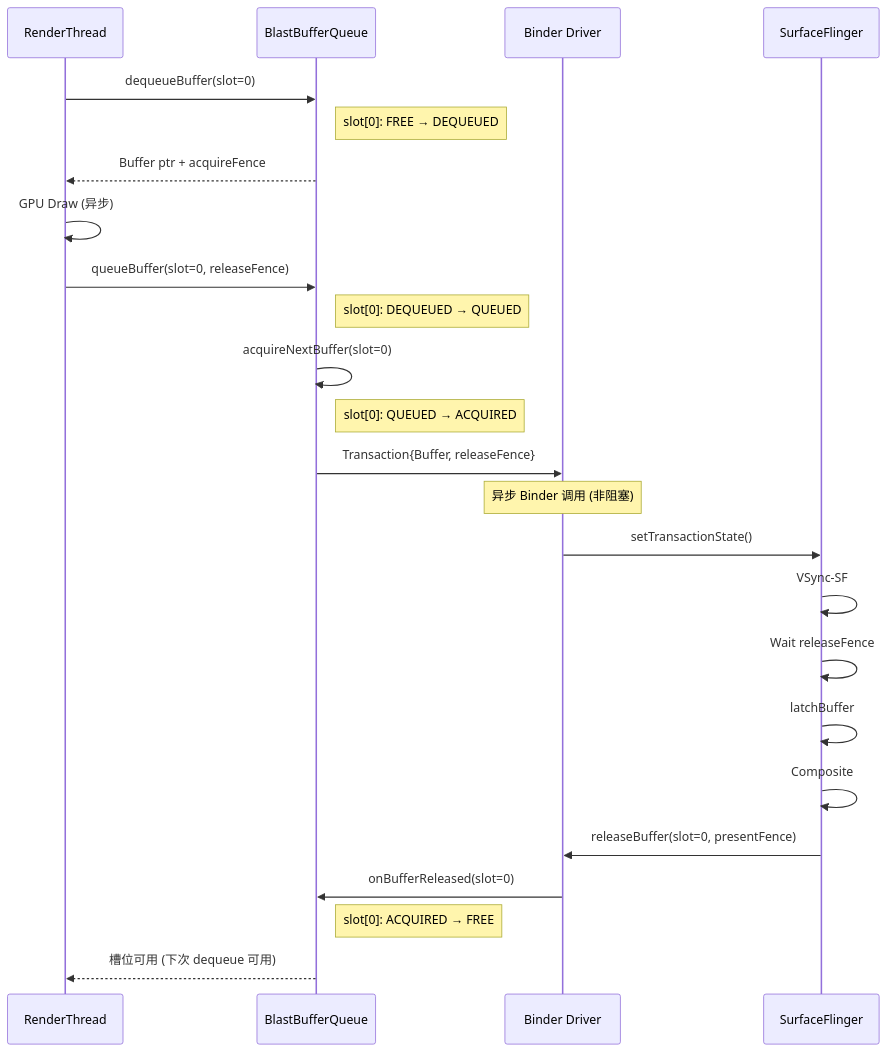
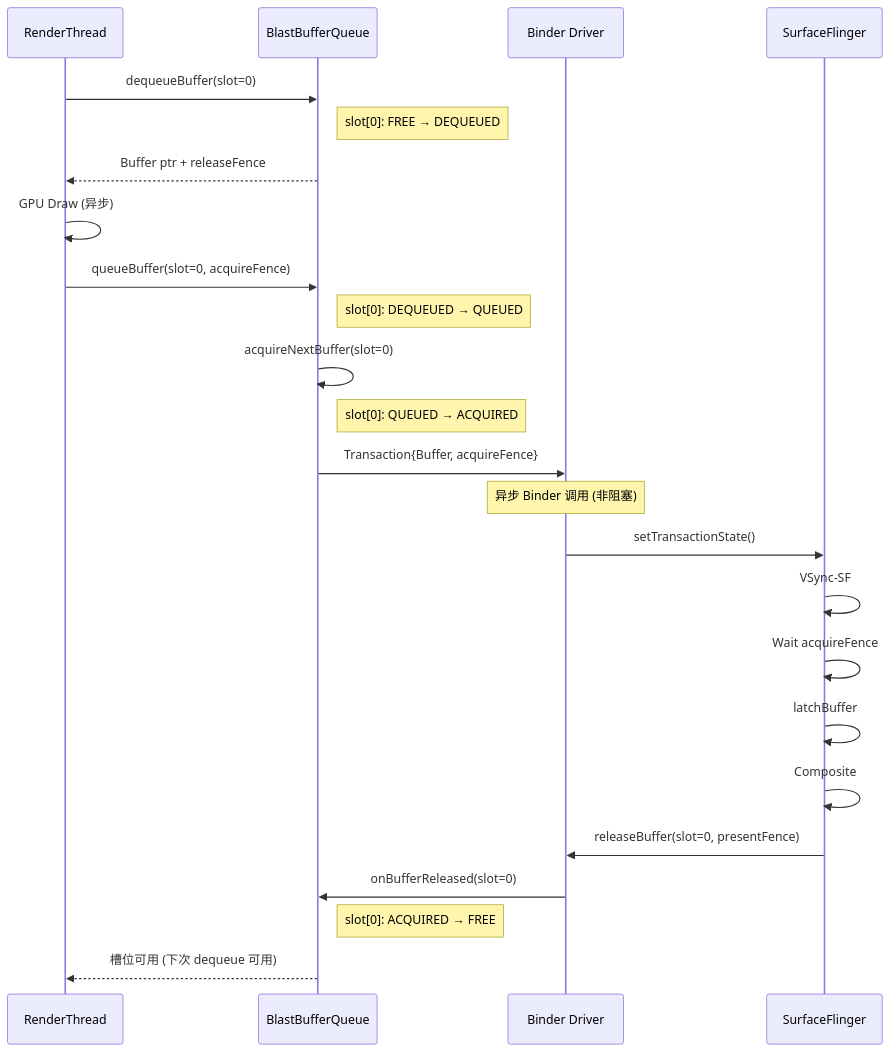
One commit to Gracker/SmartPerfetto changed the third of 3 diagrams in docs/rendering_pipelines/android_view_standard.md. Above: the diagram before and after it, drawn with Mermaid. The commit also changed other lines of this file and 78 other files, not shown here.

````diff
--- a/docs/rendering_pipelines/android_view_standard.md
+++ b/docs/rendering_pipelines/android_view_standard.md
@@ -188,38 +188,38 @@
 ```mermaid
 sequenceDiagram
     participant RT as RenderThread
     participant BBQ as BlastBufferQueue
     participant Binder as Binder Driver
     participant SF as SurfaceFlinger
 
     %% 1. App 生产
     RT->>BBQ: dequeueBuffer(slot=0)
     Note right of BBQ: slot[0]: FREE → DEQUEUED
-    BBQ-->>RT: Buffer ptr + acquireFence
+    BBQ-->>RT: Buffer ptr + releaseFence
     
     RT->>RT: GPU Draw (异步)
     
-    RT->>BBQ: queueBuffer(slot=0, releaseFence)
+    RT->>BBQ: queueBuffer(slot=0, acquireFence)
     Note right of BBQ: slot[0]: DEQUEUED → QUEUED
     
     %% 2. BBQ 内部消费
     BBQ->>BBQ: acquireNextBuffer(slot=0)
     Note right of BBQ: slot[0]: QUEUED → ACQUIRED
     
     %% 3. 异步发送到 SF
-    BBQ->>Binder: Transaction{Buffer, releaseFence}
+    BBQ->>Binder: Transaction{Buffer, acquireFence}
     Note over Binder: 异步 Binder 调用 (非阻塞)
     Binder->>SF: setTransactionState()
     
     %% 4. VSync-SF 触发
     SF->>SF: VSync-SF
-    SF->>SF: Wait releaseFence
+    SF->>SF: Wait acquireFence
     SF->>SF: latchBuffer
     SF->>SF: Composite
     
     %% 5. 释放回 BBQ
     SF->>Binder: releaseBuffer(slot=0, presentFence)
     Binder->>BBQ: onBufferReleased(slot=0)
     Note right of BBQ: slot[0]: ACQUIRED → FREE
     BBQ-->>RT: 槽位可用 (下次 dequeue 可用)
 ```
````
